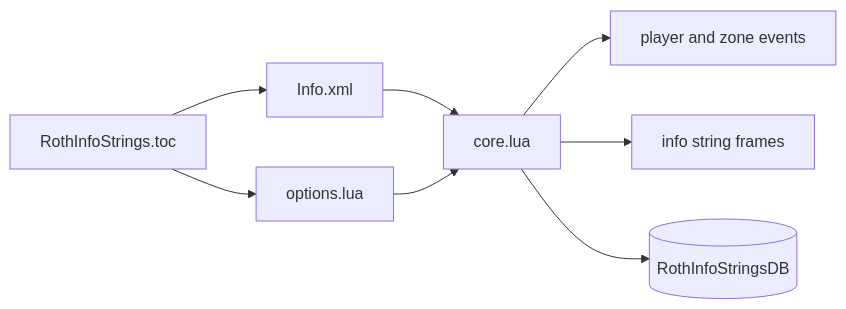
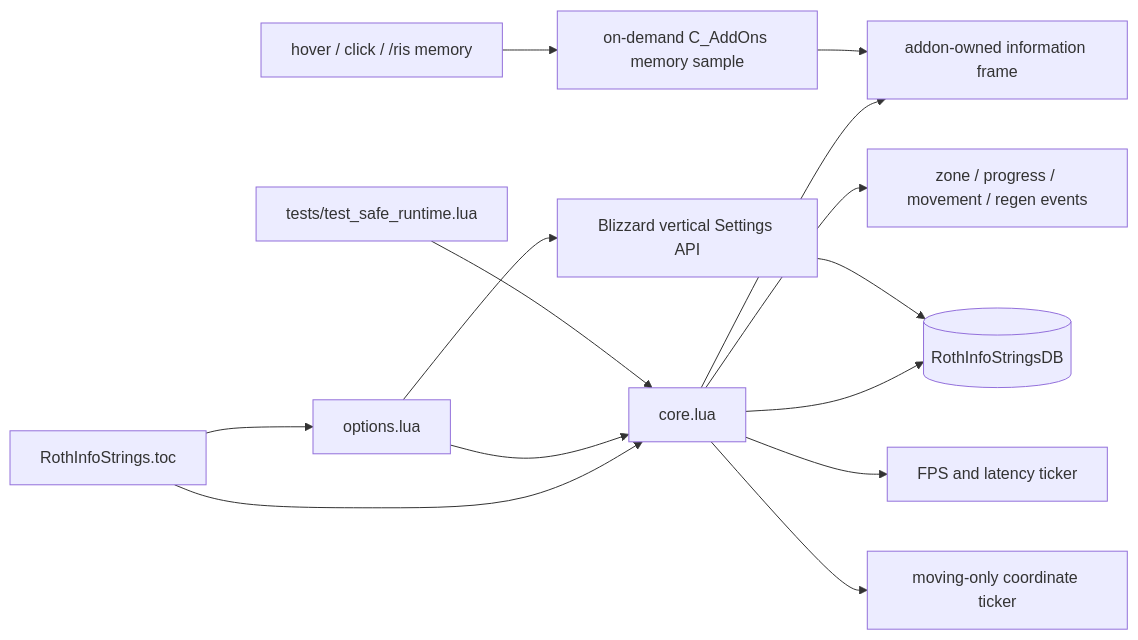
The diagram in CODE_GRAPH.md (UnknownAlienHuman/roth-info-strings), drawn with Mermaid before and after one commit. The commit also changed other lines of this file and 11 other files, not shown here.

First line of the commit message:
fix: harden information strings for Retail 12.1

````diff
--- a/CODE_GRAPH.md
+++ b/CODE_GRAPH.md
@@ -3,10 +3,16 @@
 ```mermaid
 flowchart LR
-  T["RothInfoStrings.toc"] --> X["Info.xml"]
+  T["RothInfoStrings.toc"] --> C["core.lua"]
   T --> O["options.lua"]
-  X --> C["core.lua"]
-  C --> E["player and zone events"]
-  C --> F["info string frames"]
   C --> DB[("RothInfoStringsDB")]
+  C --> E["zone / progress / movement / regen events"]
+  C --> F["addon-owned information frame"]
+  C --> P["FPS and latency ticker"]
+  C --> Q["moving-only coordinate ticker"]
+  H["hover / click / /ris memory"] --> M["on-demand C_AddOns memory sample"]
+  M --> F
+  O --> S["Blizzard vertical Settings API"]
+  S --> DB
   O --> C
+  X["tests/test_safe_runtime.lua"] --> C
 ```
````
